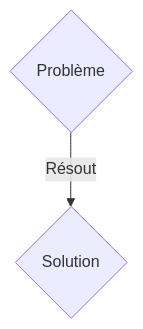
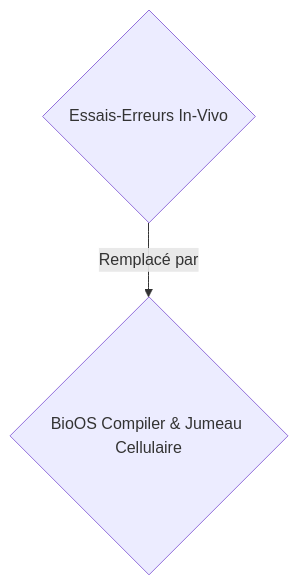
Before and after one commit to flouzzy/top-100-ai-startup-ideas: the first of 2 diagrams in ideas/bio-os-synthetic/README.fr.md, drawn with Mermaid. The commit also changed other lines of this file and 19 other files, not shown here.

````diff
--- a/ideas/bio-os-synthetic/README.fr.md
+++ b/ideas/bio-os-synthetic/README.fr.md
@@ -17,4 +17,4 @@
 ```mermaid
 graph TD
-    A{"Problème"} -->|"Résout"| B{"Solution"}
+    A{"Essais-Erreurs In-Vivo"} -->|"Remplacé par"| B{"BioOS Compiler & Jumeau Cellulaire"}
 ```
````
